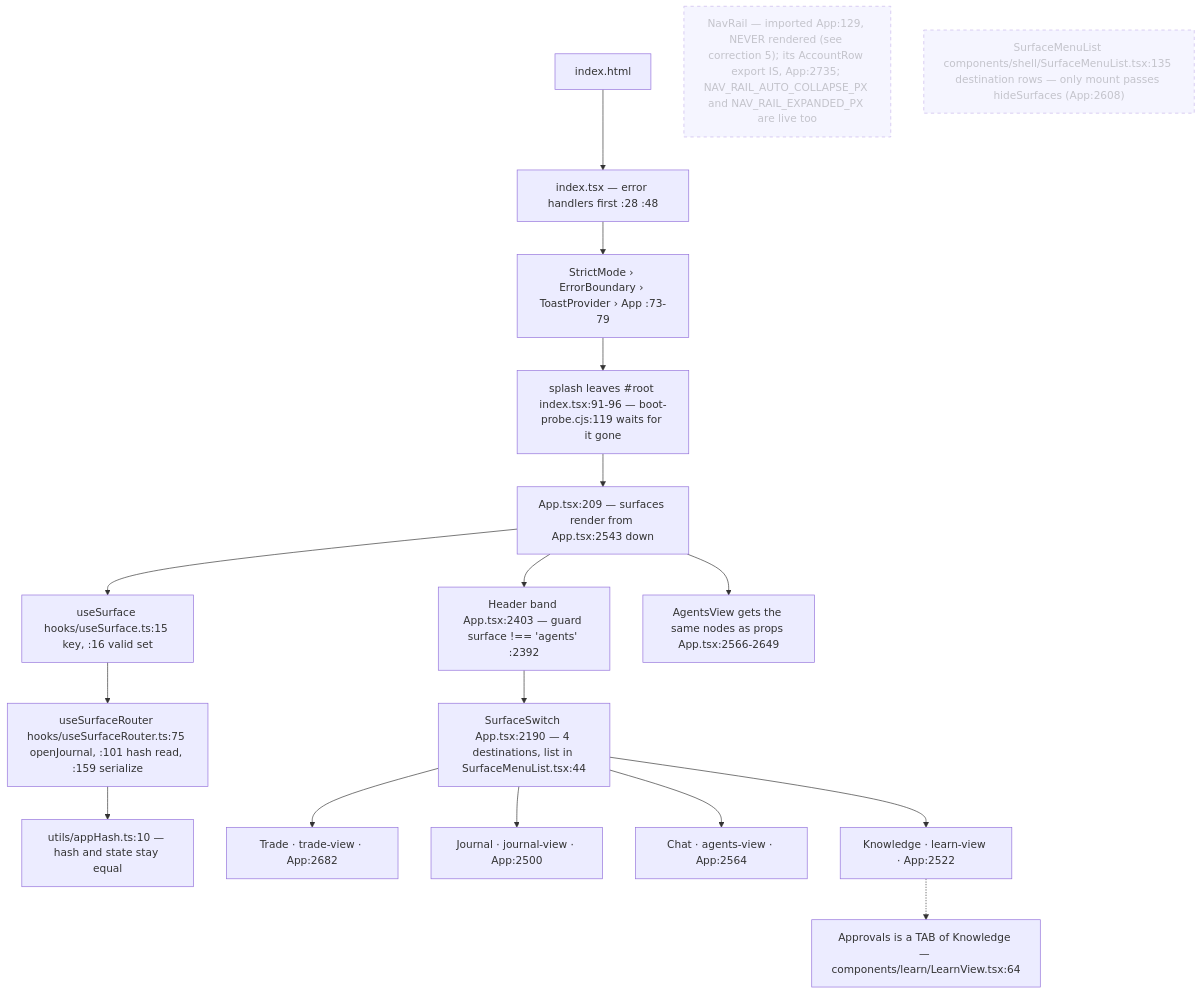
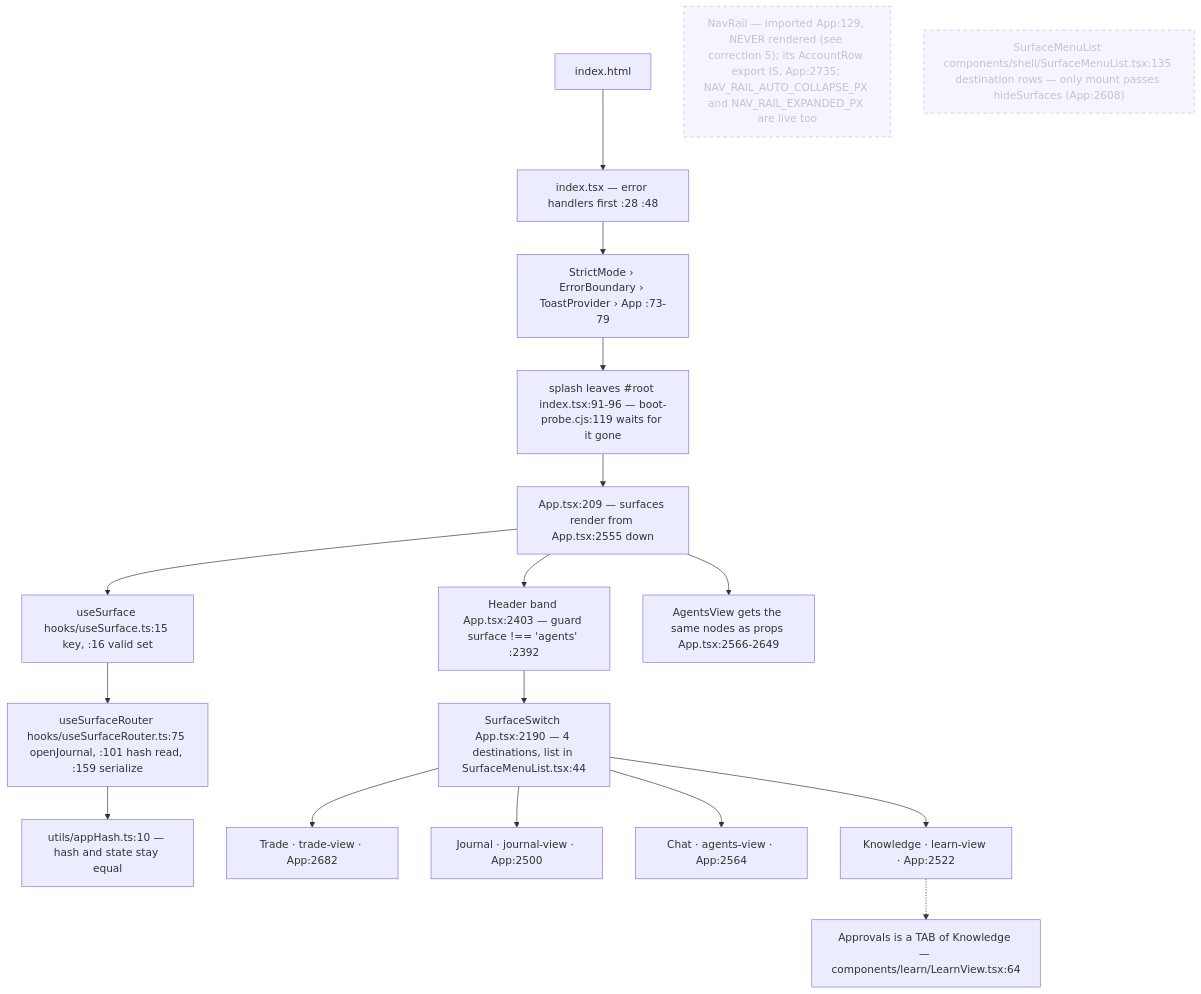
Before and after one commit to Acepay25/august-3.5: the first of 8 diagrams in docs/app-flow.md, drawn with Mermaid. The commit also changed other lines of this file and 1 other file, not shown here.

First line of the commit message:
docs(flow): re-measure the anchors the gate cannot see

````diff
--- a/docs/app-flow.md
+++ b/docs/app-flow.md
@@ -44,21 +44,21 @@
 ```mermaid
 flowchart TD
     H["index.html"] --> I["index.tsx — error handlers first :28 :48"]
     I --> S["StrictMode › ErrorBoundary › ToastProvider › App :73-79"]
     S --> SP["splash leaves #root index.tsx:91-96 — boot-probe.cjs:119 waits for it gone"]
-    SP --> APP["App.tsx:209 — surfaces render from App.tsx:2543 down"]
+    SP --> APP["App.tsx:209 — surfaces render from App.tsx:2555 down"]
     APP --> US["useSurface hooks/useSurface.ts:15 key, :16 valid set"]
     US --> UR["useSurfaceRouter hooks/useSurfaceRouter.ts:75 openJournal, :101 hash read, :159 serialize"]
     UR --> HASH["utils/appHash.ts:10 — hash and state stay equal"]
     APP --> HD["Header band App.tsx:2403 — guard surface !== 'agents' :2392"]
     HD --> SW["SurfaceSwitch App.tsx:2190 — 4 destinations, list in SurfaceMenuList.tsx:44"]
     APP --> AV["AgentsView gets the same nodes as props App.tsx:2566-2649"]
     SW --> T["Trade · trade-view · App:2682"]
     SW --> J["Journal · journal-view · App:2500"]
     SW --> C["Chat · agents-view · App:2564"]
     SW --> K["Knowledge · learn-view · App:2522"]
     K -.-> AP["Approvals is a TAB of Knowledge — components/learn/LearnView.tsx:64"]
     NR["NavRail — imported App:129, NEVER rendered (see correction 5); its AccountRow export IS, App:2735; NAV_RAIL_AUTO_COLLAPSE_PX and NAV_RAIL_EXPANDED_PX are live too"]:::dead
     SM["SurfaceMenuList components/shell/SurfaceMenuList.tsx:135 destination rows — only mount passes hideSurfaces (App:2608)"]:::dead
     classDef dead stroke-dasharray: 5 5,opacity:.5
 ```
````
